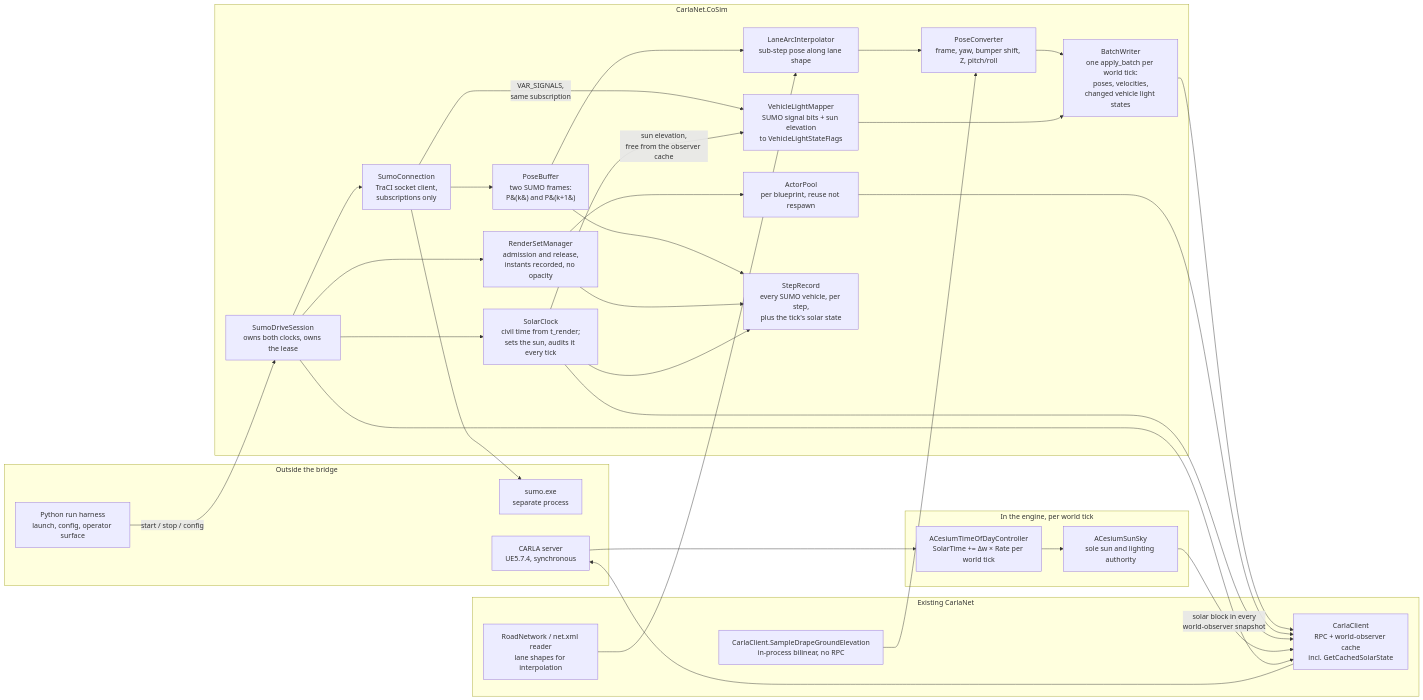
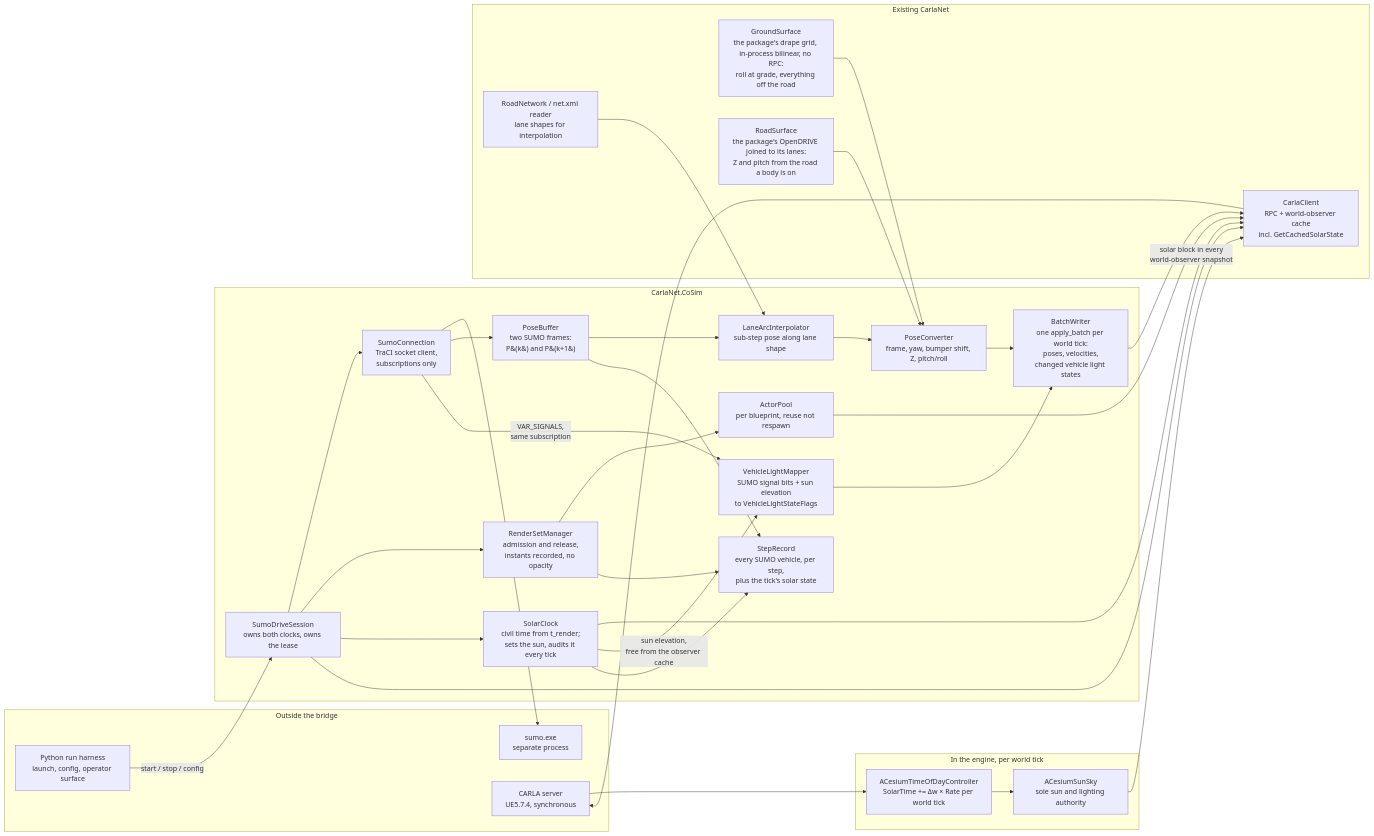
Before and after one commit to sbrett9/carla: the first of 4 diagrams in Docs/CAT_Research/Plans/SUMO_Behavioral_Capture/03_CoSimulation_Runtime.md, drawn with Mermaid. The commit also changed other lines of this file and 4 other files, not shown here.

First line of the commit message:
Record that a body takes its height from the road it is on

````diff
--- a/Docs/CAT_Research/Plans/SUMO_Behavioral_Capture/03_CoSimulation_Runtime.md
+++ b/Docs/CAT_Research/Plans/SUMO_Behavioral_Capture/03_CoSimulation_Runtime.md
@@ -111,49 +112,51 @@
 ```mermaid
 flowchart LR
   subgraph ext["Outside the bridge"]
     SUMO["sumo.exe<br/>separate process"]
     SRV["CARLA server<br/>UE5.7.4, synchronous"]
     PY["Python run harness<br/>launch, config, operator surface"]
   end
 
   subgraph cosim["CarlaNet.CoSim"]
     DRV["SumoDriveSession<br/>owns both clocks, owns the lease"]
     CONN["SumoConnection<br/>TraCI socket client,<br/>subscriptions only"]
     BUF["PoseBuffer<br/>two SUMO frames:<br/>P&#40;k&#41; and P&#40;k+1&#41;"]
     INT["LaneArcInterpolator<br/>sub-step pose along lane shape"]
     CONV["PoseConverter<br/>frame, yaw, bumper shift, Z, pitch/roll"]
     POOL["ActorPool<br/>per blueprint, reuse not respawn"]
     RS["RenderSetManager<br/>admission and release,<br/>instants recorded, no opacity"]
     SOL["SolarClock<br/>civil time from t_render;<br/>sets the sun, audits it every tick"]
     LIGHT["VehicleLightMapper<br/>SUMO signal bits + sun elevation<br/>to VehicleLightStateFlags"]
     WR["BatchWriter<br/>one apply_batch per world tick:<br/>poses, velocities,<br/>changed vehicle light states"]
     REC["StepRecord<br/>every SUMO vehicle, per step,<br/>plus the tick's solar state"]
   end
 
   subgraph deps["Existing CarlaNet"]
     CC["CarlaClient<br/>RPC + world-observer cache<br/>incl. GetCachedSolarState"]
     NET["RoadNetwork / net.xml reader<br/>lane shapes for interpolation"]
-    DRAPE["CarlaClient.SampleDrapeGroundElevation<br/>in-process bilinear, no RPC"]
+    DRAPE["GroundSurface<br/>the package's drape grid, in-process bilinear, no RPC:<br/>roll at grade, everything off the road"]
+    ROADS["RoadSurface<br/>the package's OpenDRIVE joined to its lanes:<br/>Z and pitch from the road a body is on"]
   end
 
   subgraph eng["In the engine, per world tick"]
     TOD["ACesiumTimeOfDayController<br/>SolarTime += Δw × Rate per world tick"]
     SUN["ACesiumSunSky<br/>sole sun and lighting authority"]
   end
 
   PY -->|"start / stop / config"| DRV
   DRV --> CONN --> SUMO
   CONN --> BUF --> INT --> CONV --> WR --> CC --> SRV
   CONN -->|"VAR_SIGNALS,<br/>same subscription"| LIGHT --> WR
   NET --> INT
   DRAPE --> CONV
+  ROADS --> CONV
   DRV --> RS --> POOL --> CC
   DRV --> SOL --> CC
   SOL -->|"sun elevation,<br/>free from the observer cache"| LIGHT
   SRV --> TOD --> SUN
   SUN -->|"solar block in every<br/>world-observer snapshot"| CC
   BUF --> REC
   RS --> REC
   SOL --> REC
   DRV --> CC
 ```
````
